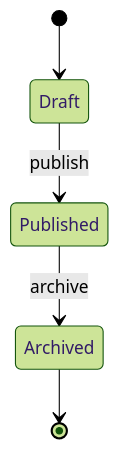
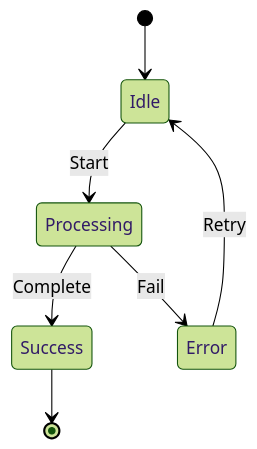
Before and after one commit to documentation-ai/DocumentationAI-Docs: the seventh of 13 diagrams in components/mermaid.mdx, drawn with Mermaid (forest theme). The commit also changed other lines of this file and 2 other files, not shown here.

Commit message:
Update columns and mermaid documentation: refine column layout options to support a maximum of 4 columns, enhance mermaid section with detailed usage examples, interactive features, and improved syntax guidelines.

````diff
--- a/components/mermaid.mdx
+++ b/components/mermaid.mdx
@@ -76,7 +182,9 @@
 ```mermaid
 stateDiagram-v2
-    [*] --> Draft
-    Draft --> Published : publish
-    Published --> Archived : archive
-    Archived --> [*]
+    [*] --> Idle
+    Idle --> Processing: Start
+    Processing --> Success: Complete
+    Processing --> Error: Fail
+    Success --> [*]
+    Error --> Idle: Retry
 ```
````
